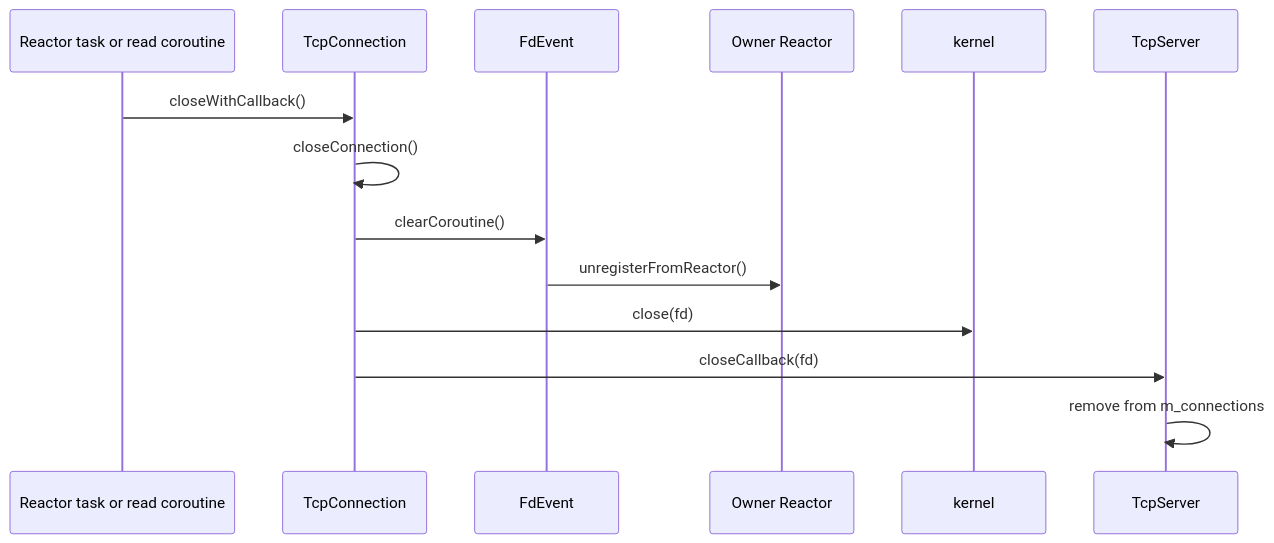
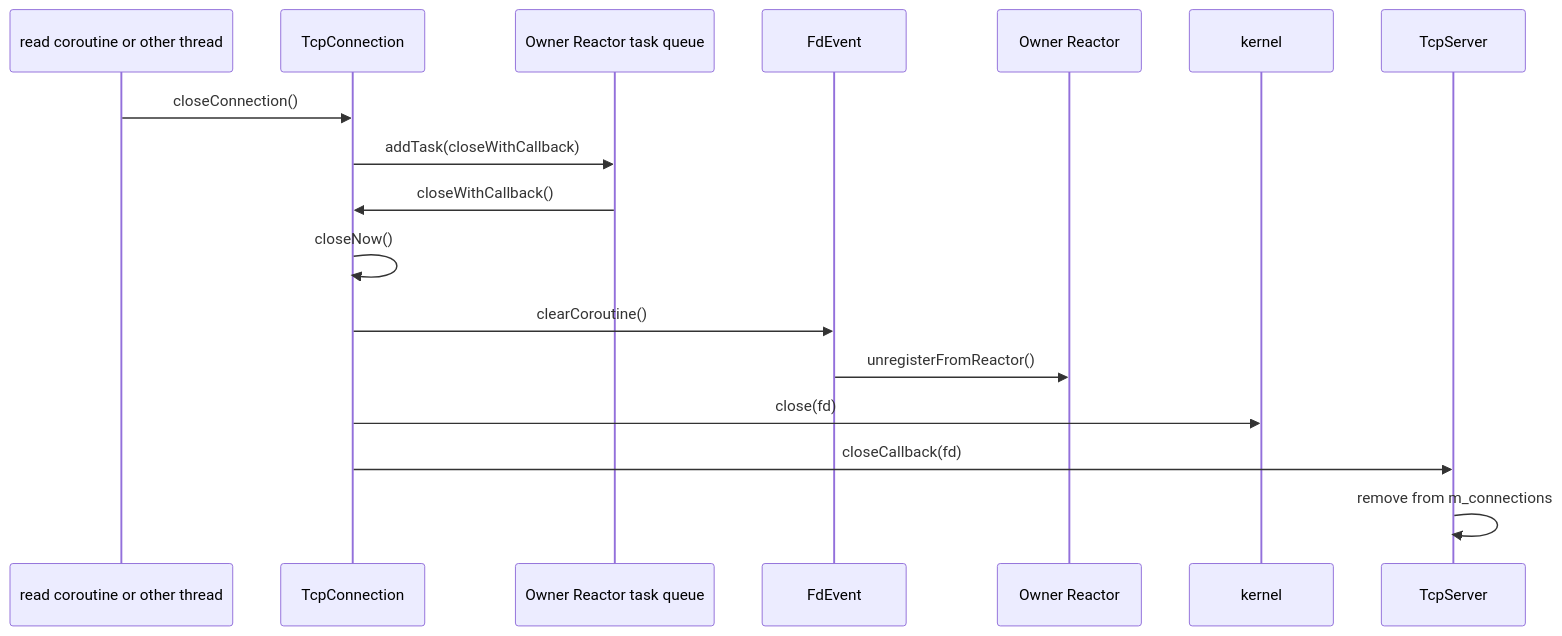
The fourth of 5 diagrams in docs/tcpconnection-lifetime.md (echo9923/rpc), drawn with Mermaid before and after one commit. The commit also changed other lines of this file and 10 other files, not shown here.

Commit message:
统一服务端 TcpConnection Reactor 投递关闭

````diff
--- a/docs/tcpconnection-lifetime.md
+++ b/docs/tcpconnection-lifetime.md
@@ -114,17 +114,20 @@
 ```mermaid
 sequenceDiagram
-    participant Owner as Reactor task or read coroutine
+    participant Caller as read coroutine or other thread
     participant Conn as TcpConnection
+    participant Queue as Owner Reactor task queue
     participant Event as FdEvent
     participant Reactor as Owner Reactor
     participant Kernel as kernel
     participant Server as TcpServer
 
-    Owner->>Conn: closeWithCallback()
-    Conn->>Conn: closeConnection()
+    Caller->>Conn: closeConnection()
+    Conn->>Queue: addTask(closeWithCallback)
+    Queue->>Conn: closeWithCallback()
+    Conn->>Conn: closeNow()
     Conn->>Event: clearCoroutine()
     Event->>Reactor: unregisterFromReactor()
     Conn->>Kernel: close(fd)
     Conn->>Server: closeCallback(fd)
     Server->>Server: remove from m_connections
 ```
````
